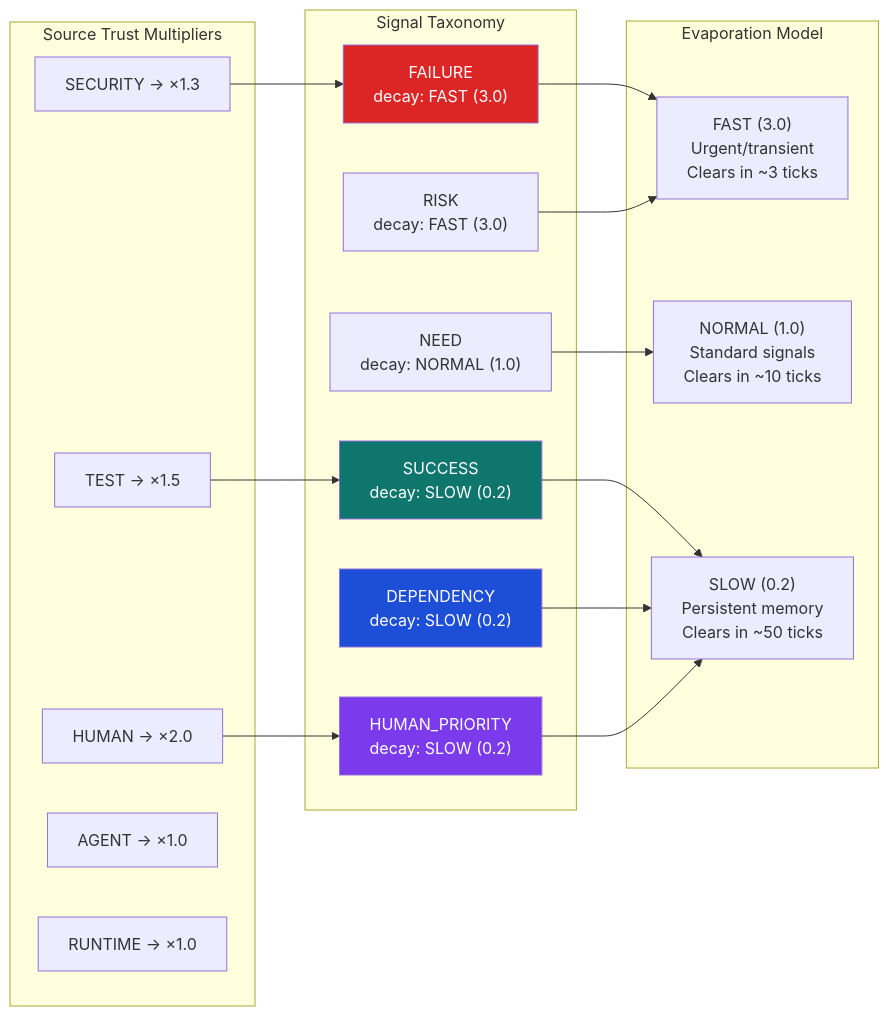
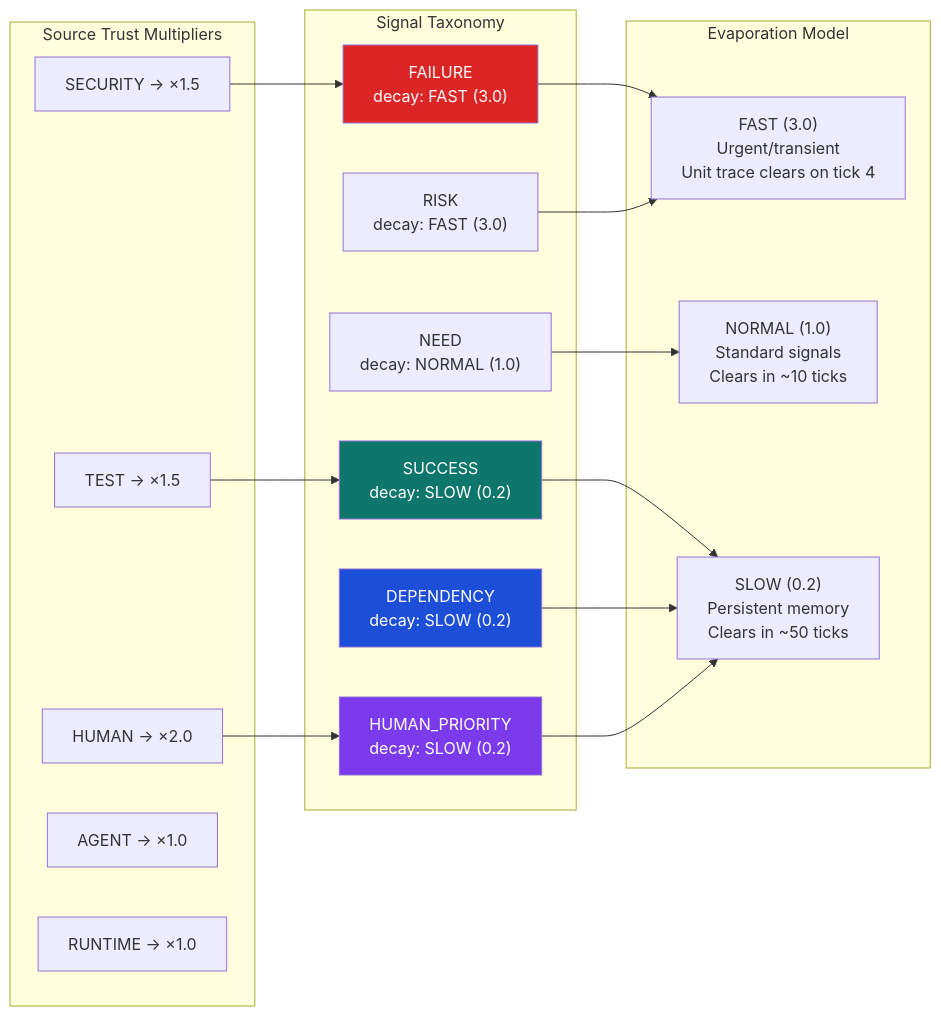
One commit to docxology/codomyrmex changed the third of 3 diagrams in docs/modules/colony_kernel/SPEC.md. Above: the diagram before and after it, drawn with Mermaid. The commit also changed other lines of this file and 334 other files, not shown here.

````diff
--- a/docs/modules/colony_kernel/SPEC.md
+++ b/docs/modules/colony_kernel/SPEC.md
@@ -122,41 +122,41 @@
 ```mermaid
 graph LR
     subgraph signals["Signal Taxonomy"]
         FAILURE["FAILURE<br/>decay: FAST (3.0)"]
         SUCCESS["SUCCESS<br/>decay: SLOW (0.2)"]
         RISK["RISK<br/>decay: FAST (3.0)"]
         NEED["NEED<br/>decay: NORMAL (1.0)"]
         DEPENDENCY["DEPENDENCY<br/>decay: SLOW (0.2)"]
         HUMAN_PRIORITY["HUMAN_PRIORITY<br/>decay: SLOW (0.2)"]
     end
 
     subgraph sources["Source Trust Multipliers"]
         HUM["HUMAN → ×2.0"]
         TST["TEST → ×1.5"]
-        SEC["SECURITY → ×1.3"]
+        SEC["SECURITY → ×1.5"]
         AGT["AGENT → ×1.0"]
         RNT["RUNTIME → ×1.0"]
     end
 
     subgraph evaporation["Evaporation Model"]
-        FAST["FAST (3.0)<br/>Urgent/transient<br/>Clears in ~3 ticks"]
+        FAST["FAST (3.0)<br/>Urgent/transient<br/>Unit trace clears on tick 4"]
         NORMAL["NORMAL (1.0)<br/>Standard signals<br/>Clears in ~10 ticks"]
         SLOW["SLOW (0.2)<br/>Persistent memory<br/>Clears in ~50 ticks"]
     end
 
     FAILURE --> FAST
     SUCCESS --> SLOW
     RISK --> FAST
     NEED --> NORMAL
     DEPENDENCY --> SLOW
     HUMAN_PRIORITY --> SLOW
 
     HUM --> HUMAN_PRIORITY
     TST --> SUCCESS
     SEC --> FAILURE
 
     style SUCCESS fill:#0f766e,color:#fff
     style FAILURE fill:#dc2626,color:#fff
     style HUMAN_PRIORITY fill:#7c3aed,color:#fff
     style DEPENDENCY fill:#1d4ed8,color:#fff
 ```
````
